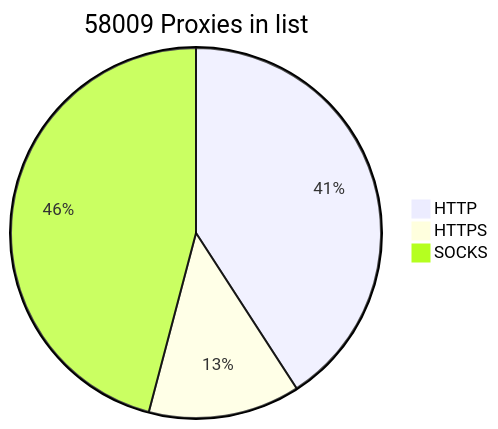
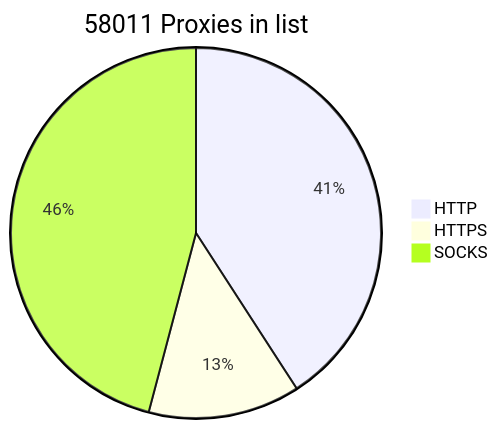
Before and after one commit to BlackSnowDot/proxylist-update-every-minute: the diagram in README.md, drawn with Mermaid.

````diff
--- a/README.md
+++ b/README.md
@@ -2,6 +2,6 @@
 ```mermaid
-pie title 58009 Proxies in list
-    "HTTP" : 26687
-    "HTTPS": 8654
+pie title 58011 Proxies in list
+    "HTTP" : 26690
+    "HTTPS": 8656
     "SOCKS" : 29977
 ```
````
